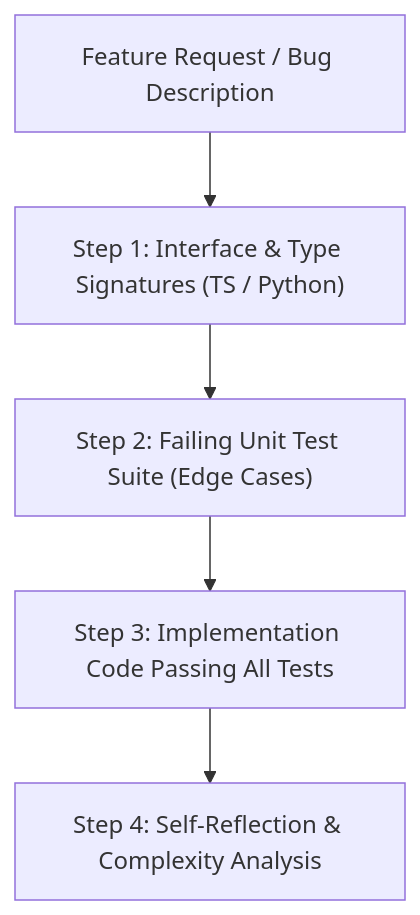
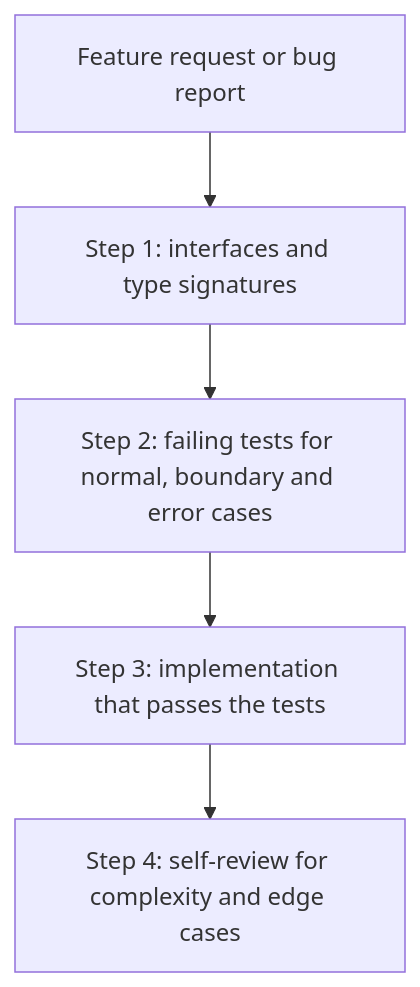
Before and after one commit to TheLearningHubOrg/learn-prompt-engineering: diagram 19 of 28 in README.md, drawn with Mermaid. The commit also changed other lines of this file and 39 other files, not shown here.

````diff
--- a/README.md
+++ b/README.md
@@ -881,7 +1761,7 @@
 ```mermaid
-graph TD
-    USER_REQ["Feature Request / Bug Description"] --> STEP_SPEC["Step 1: Interface & Type Signatures (TS / Python)"]
-    STEP_SPEC --> STEP_TESTS["Step 2: Failing Unit Test Suite (Edge Cases)"]
-    STEP_TESTS --> STEP_CODE["Step 3: Implementation Code Passing All Tests"]
-    STEP_CODE --> STEP_AUDIT["Step 4: Self-Reflection & Complexity Analysis"]
+flowchart TD
+    USER_REQ["Feature request or bug report"] --> STEP_SPEC["Step 1: interfaces and type signatures"]
+    STEP_SPEC --> STEP_TESTS["Step 2: failing tests for normal, boundary and error cases"]
+    STEP_TESTS --> STEP_CODE["Step 3: implementation that passes the tests"]
+    STEP_CODE --> STEP_AUDIT["Step 4: self-review for complexity and edge cases"]
 ```
````
